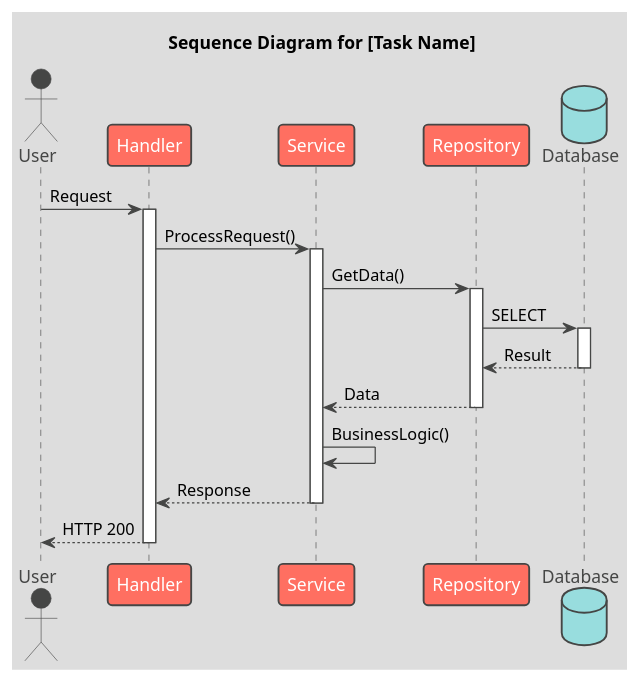
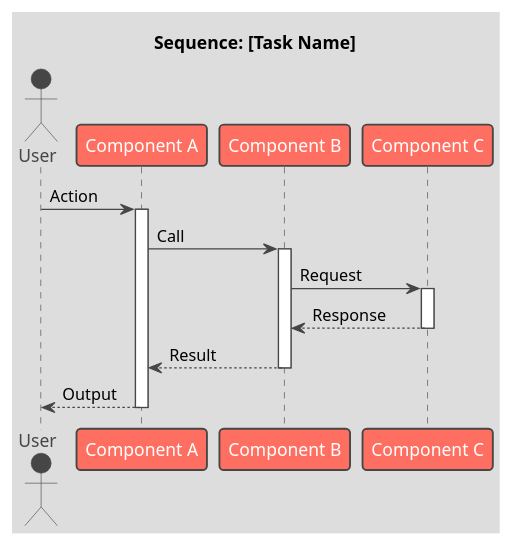
One commit to mshogin/archlint changed the fifth of 6 diagrams in templates/task-template.md. Above: the diagram before and after it, drawn with PlantUML. The commit also changed other lines of this file and 7 other files, not shown here.

````diff
--- a/templates/task-template.md
+++ b/templates/task-template.md
@@ -131,39 +157,28 @@
 ```plantuml
-@startuml task-xxx-sequence
+@startuml task-xxxx-sequence
 !theme toy
 
-title Sequence Diagram for [Task Name]
+title Sequence: [Task Name]
 
 actor User
-participant "Handler" as H
-participant "Service" as S
-participant "Repository" as R
-database "Database" as DB
+participant "Component A" as A
+participant "Component B" as B
+participant "Component C" as C
 
-User -> H: Request
-activate H
+User -> A: Action
+activate A
 
-H -> S: ProcessRequest()
-activate S
+A -> B: Call
+activate B
+B -> C: Request
+activate C
+C --> B: Response
+deactivate C
+B --> A: Result
+deactivate B
 
-S -> R: GetData()
-activate R
-
-R -> DB: SELECT
-activate DB
-DB --> R: Result
-deactivate DB
-
-R --> S: Data
-deactivate R
-
-S -> S: BusinessLogic()
-
-S --> H: Response
-deactivate S
-
-H --> User: HTTP 200
-deactivate H
+A --> User: Output
+deactivate A
 
 @enduml
 ```
````
